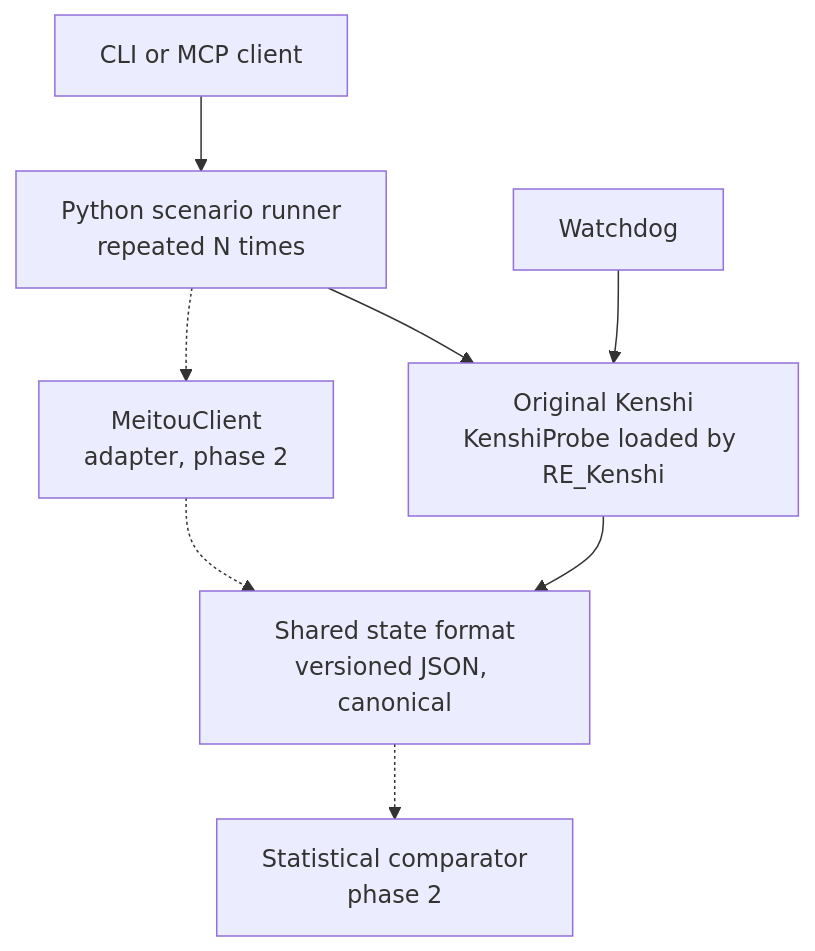
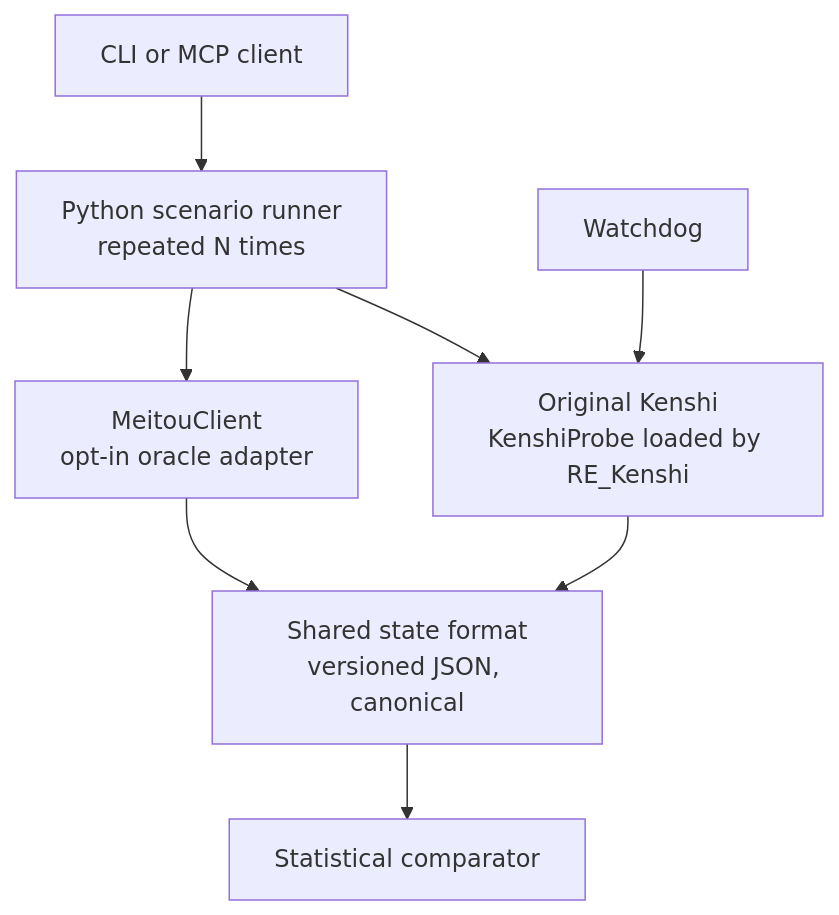
One commit to CrockMr/KenshiOracle changed the diagram in README.md. Above: the diagram before and after it, drawn with Mermaid. The commit also changed other lines of this file and 454 other files, not shown here.

````diff
--- a/README.md
+++ b/README.md
@@ -31,10 +35,10 @@
 ```mermaid
 flowchart TD
     A[CLI or MCP client] --> B[Python scenario runner<br/>repeated N times]
     B --> C[Original Kenshi<br/>KenshiProbe loaded by RE_Kenshi]
-    B -.-> D[MeitouClient<br/>adapter, phase 2]
+    B --> D[MeitouClient<br/>opt-in oracle adapter]
     C --> E[Shared state format<br/>versioned JSON, canonical]
-    D -.-> E
-    E -.-> F[Statistical comparator<br/>phase 2]
+    D --> E
+    E --> F[Statistical comparator]
     G[Watchdog] --> C
 ```
````
